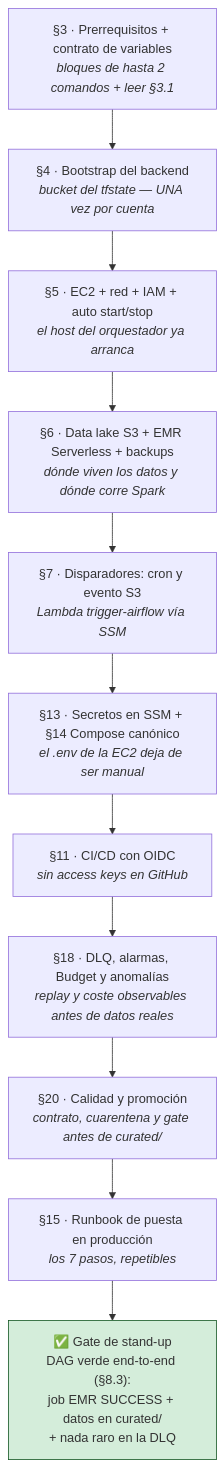
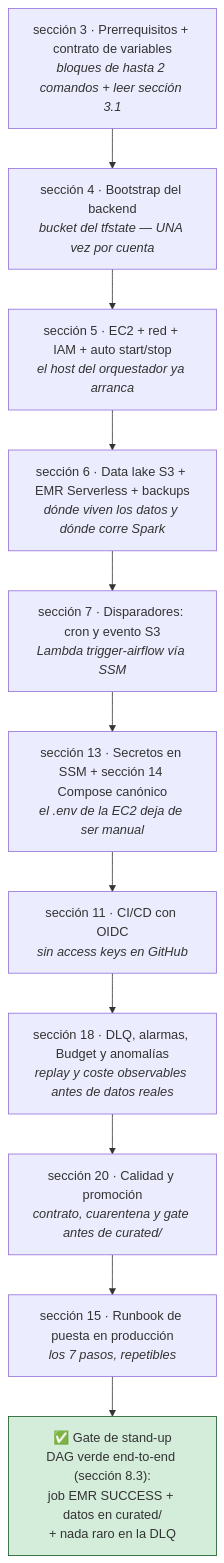
Before and after one commit to abantodca/pyspark_stack: the first of 10 diagrams in docs/02-produccion-aws-terraform.md, drawn with Mermaid. The commit also changed other lines of this file and 1 other file, not shown here.

````diff
--- a/docs/02-produccion-aws-terraform.md
+++ b/docs/02-produccion-aws-terraform.md
@@ -250,18 +246,18 @@
 ```mermaid
 flowchart TD
-    P3["§3 · Prerrequisitos + contrato de variables<br/><i>bloques de hasta 2 comandos + leer §3.1</i>"]
-    P4["§4 · Bootstrap del backend<br/><i>bucket del tfstate — UNA vez por cuenta</i>"]
-    P5["§5 · EC2 + red + IAM + auto start/stop<br/><i>el host del orquestador ya arranca</i>"]
-    P6["§6 · Data lake S3 + EMR Serverless + backups<br/><i>dónde viven los datos y dónde corre Spark</i>"]
-    P7["§7 · Disparadores: cron y evento S3<br/><i>Lambda trigger-airflow vía SSM</i>"]
-    P13["§13 · Secretos en SSM + §14 Compose canónico<br/><i>el .env de la EC2 deja de ser manual</i>"]
-    P11["§11 · CI/CD con OIDC<br/><i>sin access keys en GitHub</i>"]
-    P18["§18 · DLQ, alarmas, Budget y anomalías<br/><i>replay y coste observables antes de datos reales</i>"]
-    P20["§20 · Calidad y promoción<br/><i>contrato, cuarentena y gate antes de curated/</i>"]
-    P15["§15 · Runbook de puesta en producción<br/><i>los 7 pasos, repetibles</i>"]
-    GATE["✅ Gate de stand-up<br/>DAG verde end-to-end (§8.3):<br/>job EMR SUCCESS + datos en curated/<br/>+ nada raro en la DLQ"]
+    P3["sección 3 · Prerrequisitos + contrato de variables<br/><i>bloques de hasta 2 comandos + leer sección 3.1</i>"]
+    P4["sección 4 · Bootstrap del backend<br/><i>bucket del tfstate — UNA vez por cuenta</i>"]
+    P5["sección 5 · EC2 + red + IAM + auto start/stop<br/><i>el host del orquestador ya arranca</i>"]
+    P6["sección 6 · Data lake S3 + EMR Serverless + backups<br/><i>dónde viven los datos y dónde corre Spark</i>"]
+    P7["sección 7 · Disparadores: cron y evento S3<br/><i>Lambda trigger-airflow vía SSM</i>"]
+    P13["sección 13 · Secretos en SSM + sección 14 Compose canónico<br/><i>el .env de la EC2 deja de ser manual</i>"]
+    P11["sección 11 · CI/CD con OIDC<br/><i>sin access keys en GitHub</i>"]
+    P18["sección 18 · DLQ, alarmas, Budget y anomalías<br/><i>replay y coste observables antes de datos reales</i>"]
+    P20["sección 20 · Calidad y promoción<br/><i>contrato, cuarentena y gate antes de curated/</i>"]
+    P15["sección 15 · Runbook de puesta en producción<br/><i>los 7 pasos, repetibles</i>"]
+    GATE["✅ Gate de stand-up<br/>DAG verde end-to-end (sección 8.3):<br/>job EMR SUCCESS + datos en curated/<br/>+ nada raro en la DLQ"]
 
     P3 --> P4 --> P5 --> P6 --> P7 --> P13 --> P11 --> P18 --> P20 --> P15 --> GATE
 
     style GATE fill:#d4edda,stroke:#155724
 ```
````
